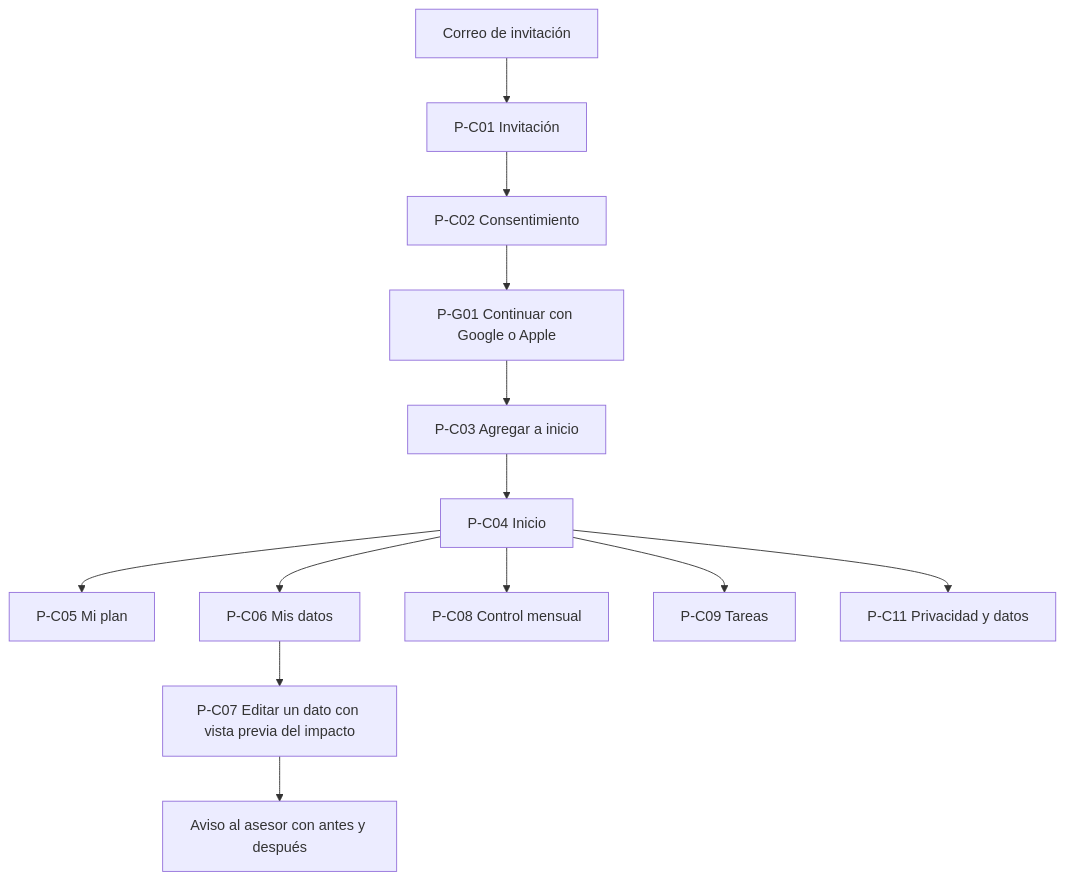
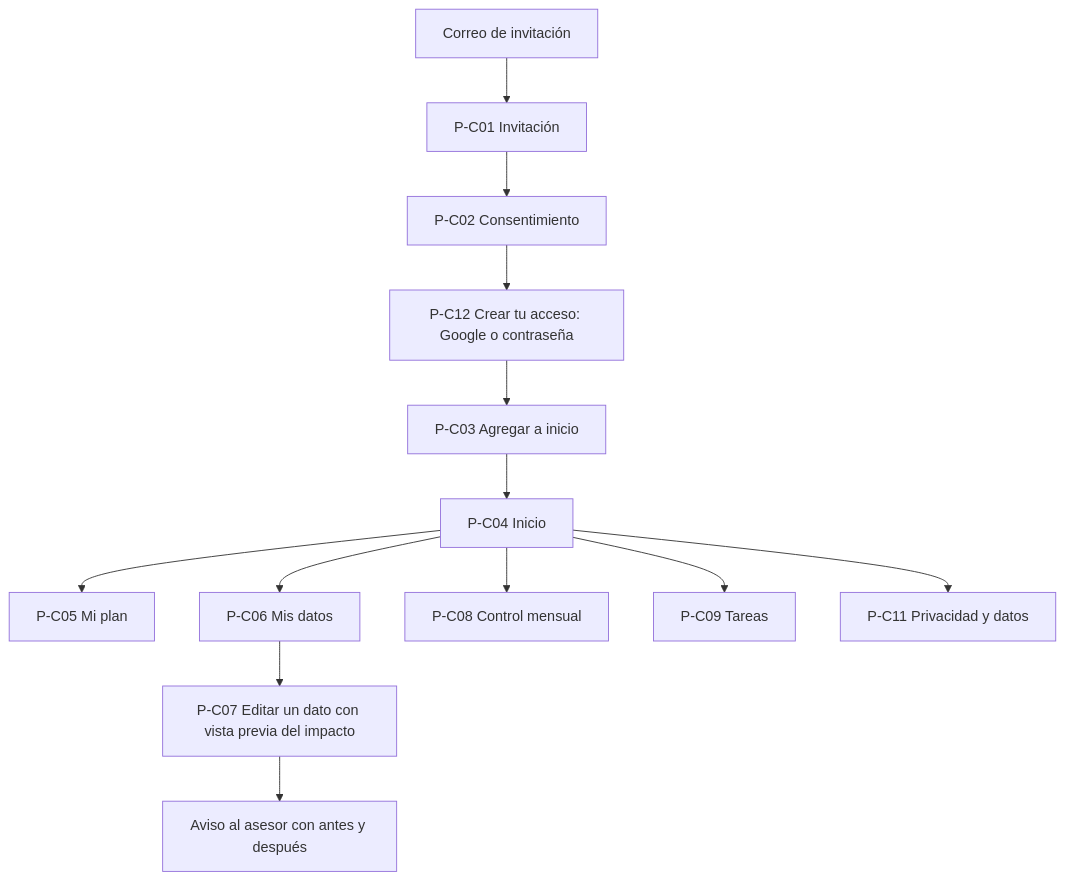
The second of 2 diagrams in docs/05-pantallas-y-flujos.md (IngRetrius/mi-luca), drawn with Mermaid before and after one commit. The commit also changed other lines of this file and 13 other files, not shown here.

First line of the commit message:
Inicio de sesión con Google y con correo y contraseña; entorno local

````diff
--- a/docs/05-pantallas-y-flujos.md
+++ b/docs/05-pantallas-y-flujos.md
@@ -75,15 +75,15 @@
 ```mermaid
 flowchart TD
   C1[Correo de invitación] --> C2[P-C01 Invitación]
   C2 --> C3[P-C02 Consentimiento]
-  C3 --> C4[P-G01 Continuar con Google o Apple]
+  C3 --> C4[P-C12 Crear tu acceso: Google o contraseña]
   C4 --> C5[P-C03 Agregar a inicio]
   C5 --> C6[P-C04 Inicio]
   C6 --> C7[P-C05 Mi plan]
   C6 --> C8[P-C06 Mis datos]
   C8 --> C9[P-C07 Editar un dato con vista previa del impacto]
   C9 --> C10[Aviso al asesor con antes y después]
   C6 --> C11[P-C08 Control mensual]
   C6 --> C12[P-C09 Tareas]
   C6 --> C13[P-C11 Privacidad y datos]
 ```
````
